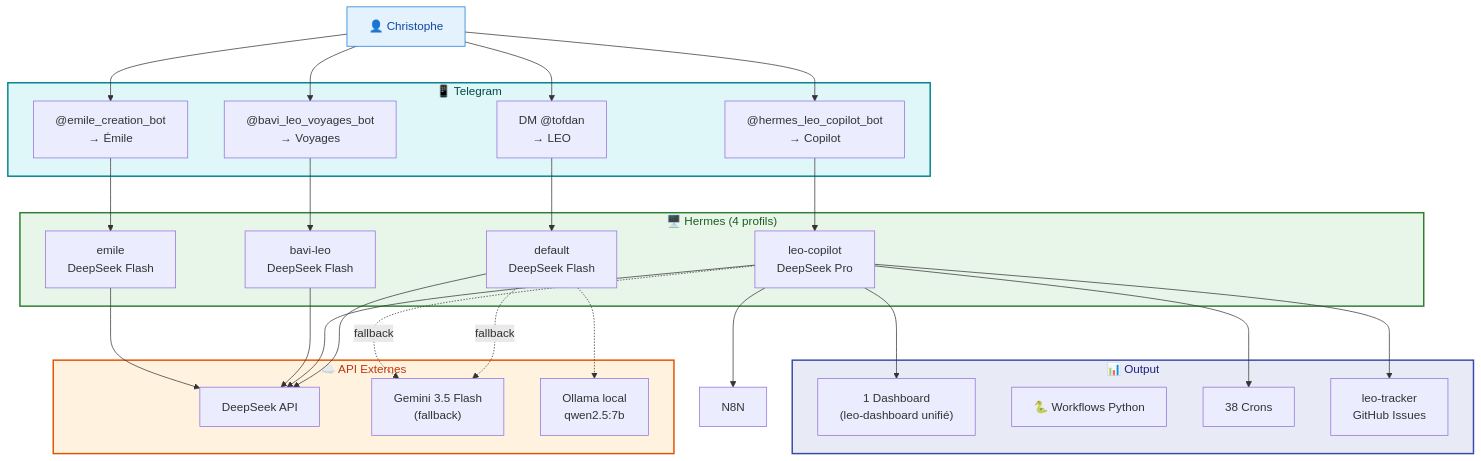
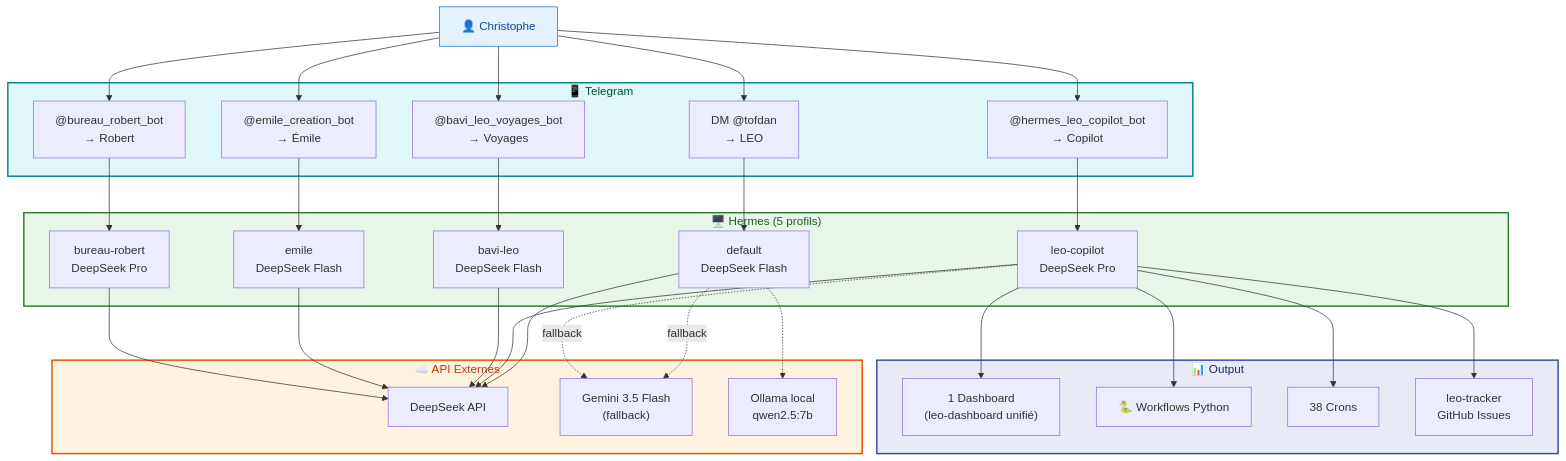
One commit to christophedanhier-hash/hermes-wiki changed the fifth of 5 diagrams in docs/hermes/architecture-communication.md. Above: the diagram before and after it, drawn with Mermaid. The commit also changed other lines of this file, not shown here.

Commit message:
🤖 Audit: ajout bureau-robert (5e profil) + n8n→workflows + corrections Mermaid

````diff
--- a/docs/hermes/architecture-communication.md
+++ b/docs/hermes/architecture-communication.md
@@ -196,61 +209,66 @@
 ```mermaid
 flowchart TB
     User["👤 Christophe"]
 
     subgraph TELEGRAM["📱 Telegram"]
         DM["DM @tofdan<br/>→ LEO"]
         COP["@hermes_leo_copilot_bot<br/>→ Copilot"]
         VOY["@bavi_leo_voyages_bot<br/>→ Voyages"]
         EMI["@emile_creation_bot<br/>→ Émile"]
+        ROB["@bureau_robert_bot<br/>→ Robert"]
     end
 
-    subgraph HERMES["🖥️ Hermes (4 profils)"]
+    subgraph HERMES["🖥️ Hermes (5 profils)"]
         DEF["default<br/>DeepSeek Flash"]
         LCP["leo-copilot<br/>DeepSeek Pro"]
         BAV["bavi-leo<br/>DeepSeek Flash"]
         EMILE["emile<br/>DeepSeek Flash"]
+        BUR["bureau-robert<br/>DeepSeek Pro"]
     end
 
     subgraph API["☁️ API Externes"]
         DS["DeepSeek API"]
         GEM["Gemini 3.5 Flash<br/>(fallback)"]
         OLL["Ollama local<br/>qwen2.5:7b"]
     end
 
     subgraph OUTPUT["📊 Output"]
         DASH["1 Dashboard<br/>(leo-dashboard unifié)"]
         WFL["🐍 Workflows Python"]
         CRON["38 Crons"]
         ISSUES["leo-tracker<br/>GitHub Issues"]
     end
 
     User --> DM
     User --> COP
     User --> VOY
     User --> EMI
+    User --> ROB
 
     DM --> DEF
     COP --> LCP
     VOY --> BAV
     EMI --> EMILE
+    ROB --> BUR
 
     DEF --> DS
     LCP --> DS
     BAV --> DS
     EMILE --> DS
+    BUR --> DS
 
     DEF -.->|"fallback"| GEM
     DEF -.-> OLL
     LCP -.->|"fallback"| GEM
 
     LCP --> DASH
-    LCP --> N8N
+    LCP --> WFL
     LCP --> CRON
     LCP --> ISSUES
 
     style User fill:#e3f2fd,stroke:#1976d2,color:#0d47a1
     style TELEGRAM fill:#e0f7fa,stroke:#00838f,stroke-width:2px,color:#004d40
     style HERMES fill:#e8f5e9,stroke:#2e7d32,stroke-width:2px,color:#1b5e20
     style API fill:#fff3e0,stroke:#e65100,stroke-width:2px,color:#bf360c
     style OUTPUT fill:#e8eaf6,stroke:#3949ab,stroke-width:2px,color:#1a237e
 ```
````
